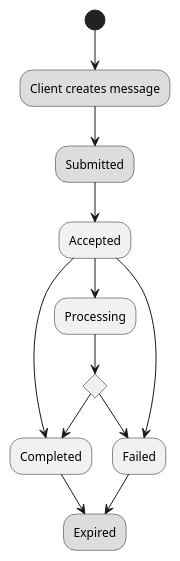
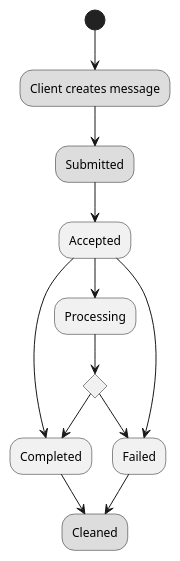
Before and after one commit to dfinity/interface-spec: the third of 3 diagrams in spec/index.adoc, drawn with PlantUML. The commit also changed other lines of this file, not shown here.

Commit message:
Public Spec: Do not call expiry what is not expiry (dfinity-lab/dfinity#1511)
the public spec alread hints at the fact that old requests eventually
are dropped from the system. This is called “expiry” here, but we are
going to have a different feature called “expiry”, so lets not confuse
the two.
Originally https://github.com/dfinity-lab/dfinity/commit/94773a898b5517c478b64251b8e611a1e3f15779

```diff
--- a/spec/index.adoc
+++ b/spec/index.adoc
@@ -967,16 +967,16 @@
 [plantuml]
 ....
 (*) --> "Client creates message" #DDDDDD
    --> "Submitted" #DDDDDD
    --> "Accepted"
    --> "Processing"
 if "" then
   --> "Completed"
-  --> "Expired" #DDDDDD
+  --> "Cleaned" #DDDDDD
   else
   --> "Failed"
-  --> "Expired" #DDDDDD
+  --> "Cleaned" #DDDDDD
   "Accepted" --> "Completed"
   "Accepted" --> "Failed"
 endif
 ....
```
